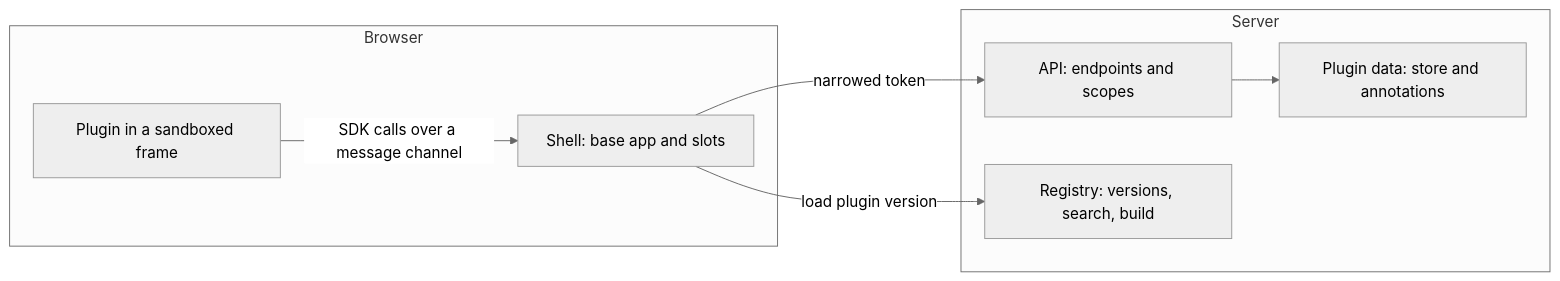
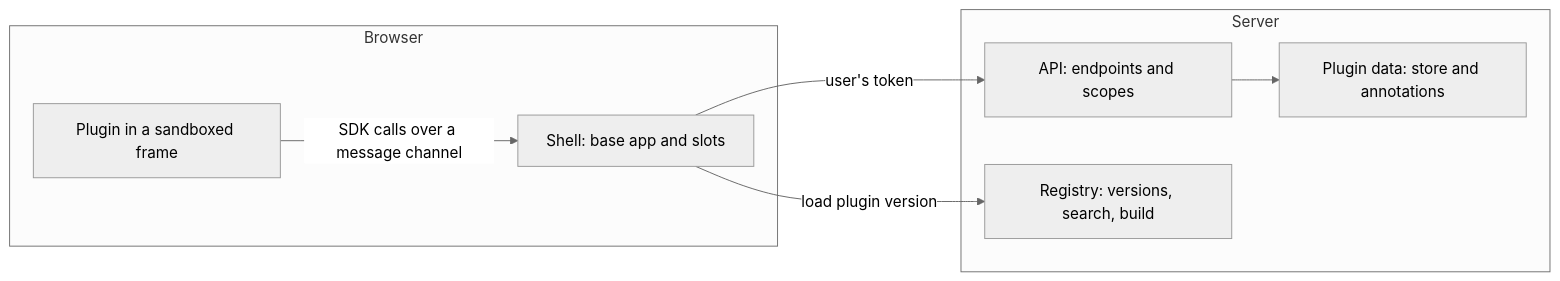
Before and after one commit to mcwhittemore/thixo: the diagram in readme.md, drawn with Mermaid (neutral theme). The commit also changed other lines of this file and 7 other files, not shown here.

````diff
--- a/readme.md
+++ b/readme.md
@@ -45,16 +45,16 @@
 ```mermaid
 flowchart LR
   subgraph Browser
     Shell[Shell: base app and slots]
     Plugin[Plugin in a sandboxed frame]
   end
   subgraph Server
     API[API: endpoints and scopes]
     Registry[Registry: versions, search, build]
     Data[Plugin data: store and annotations]
   end
   Plugin -- SDK calls over a message channel --> Shell
-  Shell -- narrowed token --> API
+  Shell -- user's token --> API
   API --> Data
   Shell -- load plugin version --> Registry
 ```
````
